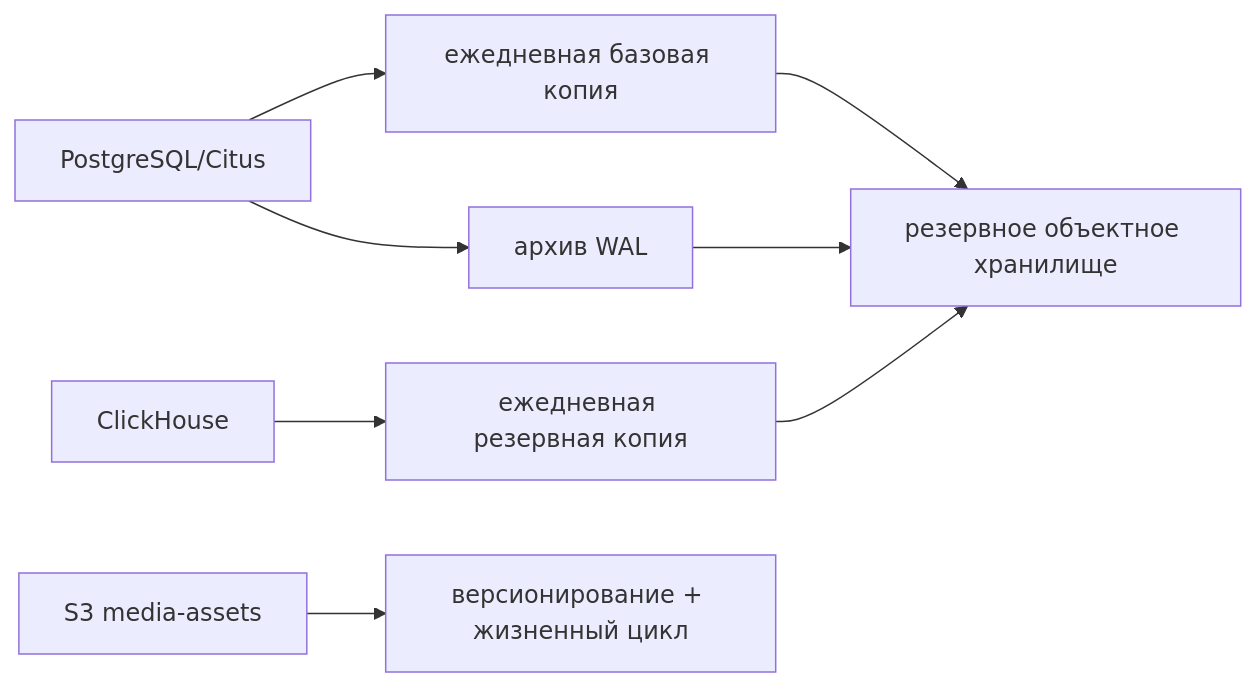
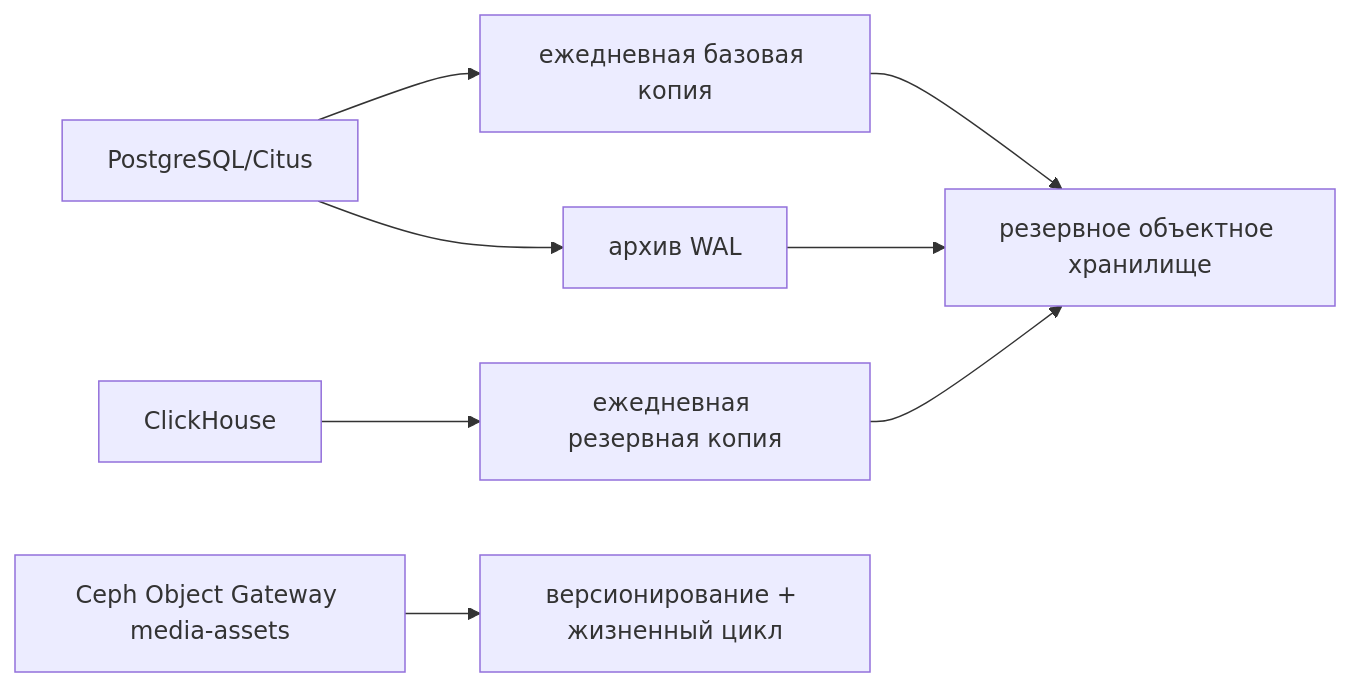
One commit to azlymoon/HighloadCourseHSE changed the sixth of 7 diagrams in README.md. Above: the diagram before and after it, drawn with Mermaid. The commit also changed other lines of this file, not shown here.

````diff
--- a/README.md
+++ b/README.md
@@ -790,10 +796,10 @@
 ```mermaid
 flowchart LR
     PG["PostgreSQL/Citus"] --> B1["ежедневная базовая копия"]
     PG --> B2["архив WAL"]
     CH["ClickHouse"] --> B3["ежедневная резервная копия"]
     B1 --> R["резервное объектное хранилище"]
     B2 --> R
     B3 --> R
-    S3["S3 media-assets"] --> V["версионирование + жизненный цикл"]
+    CEPH["Ceph Object Gateway media-assets"] --> V["версионирование + жизненный цикл"]
 ```
````
